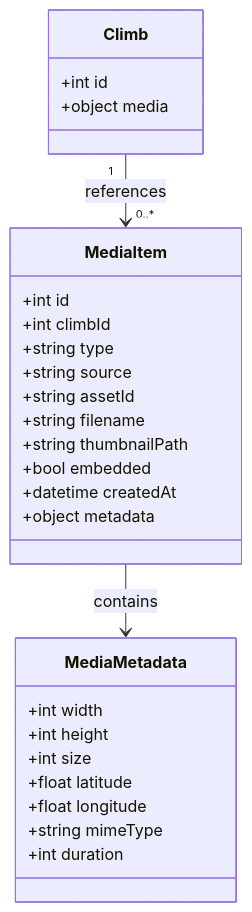
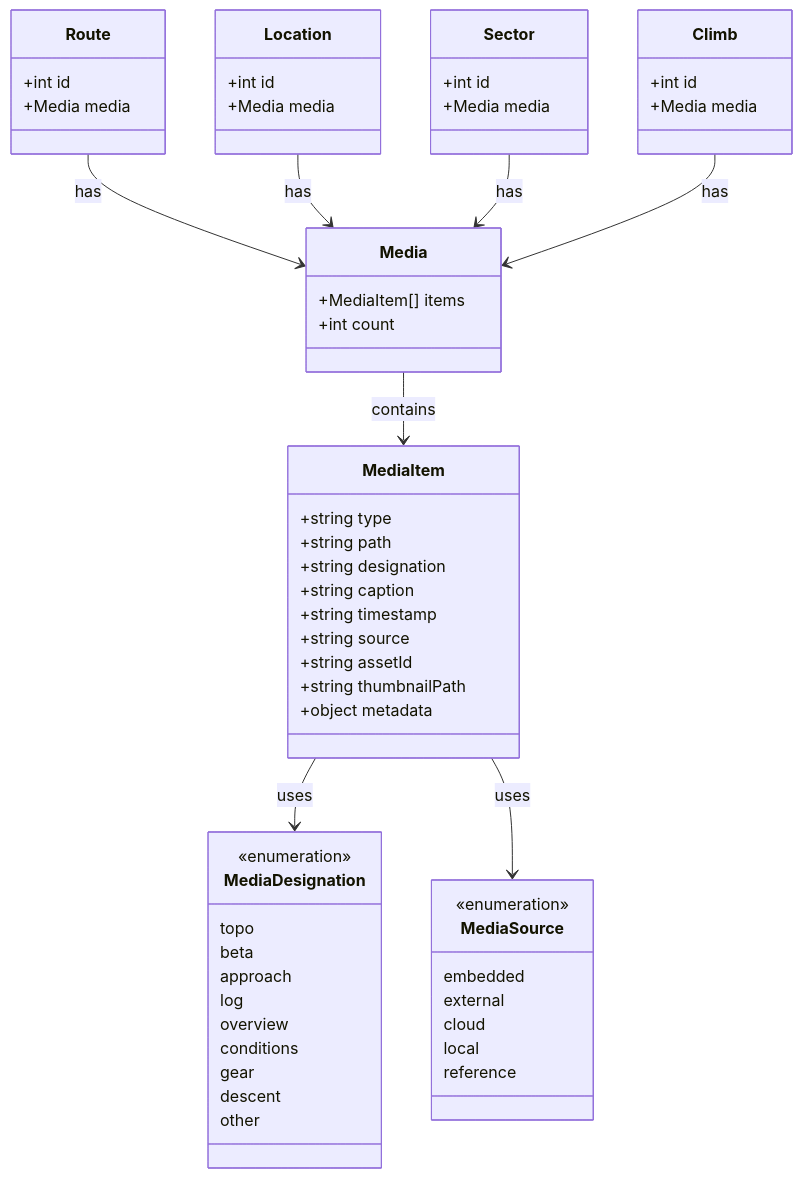
One commit to petrmac/crushlog-data-format-spec changed the second of 4 diagrams in README.md. Above: the diagram before and after it, drawn with Mermaid. The commit also changed other lines of this file and 49 other files, not shown here.

````diff
--- a/README.md
+++ b/README.md
@@ -371,33 +406,69 @@
 ```mermaid
 classDiagram
+    class Media {
+        +MediaItem[] items
+        +int count
+    }
+    
     class MediaItem {
-        +int id
-        +int climbId
         +string type
+        +string path
+        +string designation
+        +string caption
+        +string timestamp
         +string source
         +string assetId
-        +string filename
         +string thumbnailPath
-        +bool embedded
-        +datetime createdAt
         +object metadata
     }
     
-    class MediaMetadata {
-        +int width
-        +int height
-        +int size
-        +float latitude
-        +float longitude
-        +string mimeType
-        +int duration
+    class MediaDesignation {
+        <<enumeration>>
+        topo
+        beta
+        approach
+        log
+        overview
+        conditions
+        gear
+        descent
+        other
+    }
+    
+    class MediaSource {
+        <<enumeration>>
+        embedded
+        external
+        cloud
+        local
+        reference
+    }
+    
+    class Route {
+        +int id
+        +Media media
+    }
+    
+    class Location {
+        +int id
+        +Media media
+    }
+    
+    class Sector {
+        +int id
+        +Media media
     }
     
     class Climb {
         +int id
-        +object media
+        +Media media
     }
     
-    MediaItem --> MediaMetadata : contains
-    Climb "1" --> "0..*" MediaItem : references
+    Media --> MediaItem : contains
+    MediaItem --> MediaDesignation : uses
+    MediaItem --> MediaSource : uses
+    Route --> Media : has
+    Location --> Media : has
+    Sector --> Media : has
+    Climb --> Media : has
 ```
````
